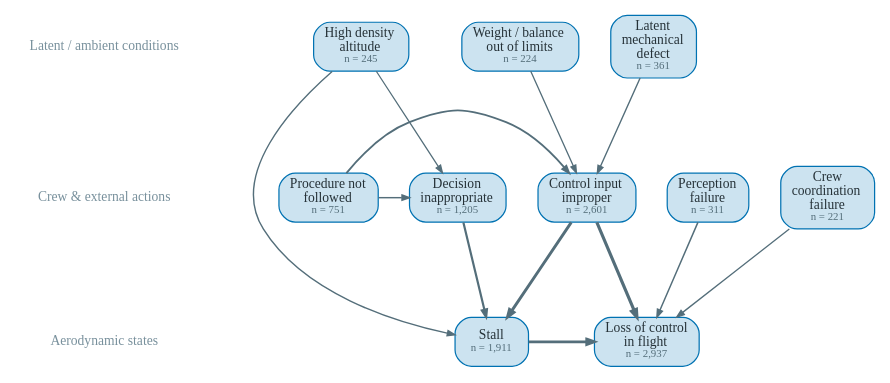
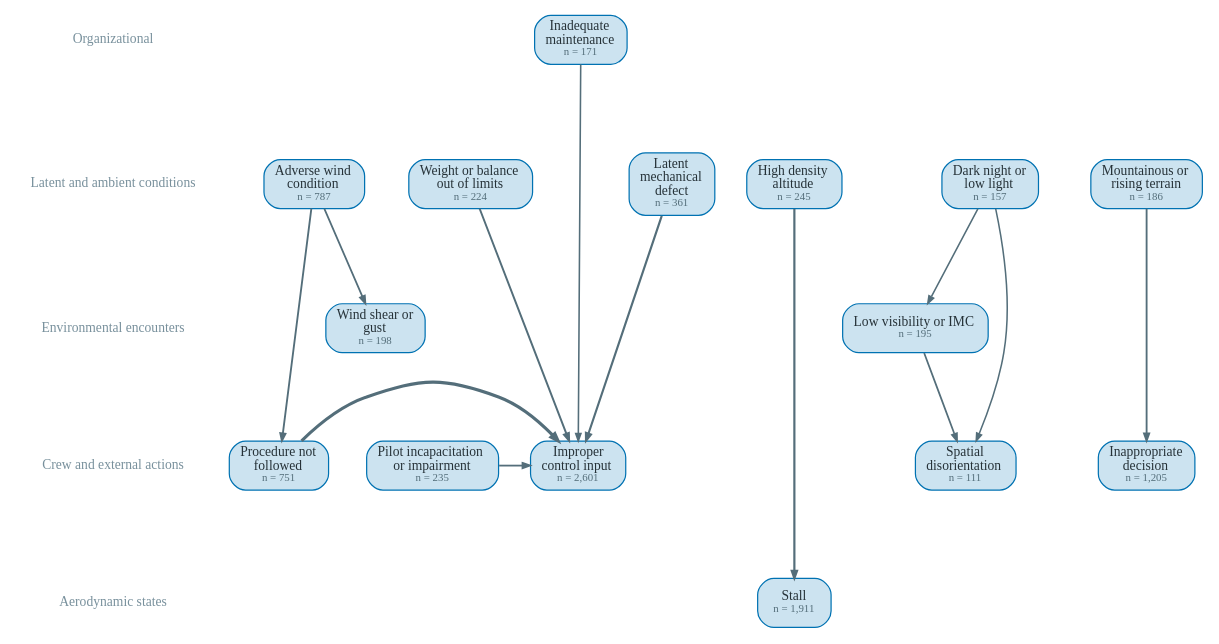
One commit to YutianPangASU/AviationSafetyReportKnowledgeGraph changed the diagram in event_extraction/out/causation_kg/figures/dag_LOC-I_top.gv. Above: the diagram before and after it, drawn with Graphviz. The commit also changed 13 other files, not shown here.

```diff
--- a/event_extraction/out/causation_kg/figures/dag_LOC-I_top.gv
+++ b/event_extraction/out/causation_kg/figures/dag_LOC-I_top.gv
@@ -1,36 +1,47 @@
 digraph G {
   rankdir=TB; splines=spline; nodesep=0.32; ranksep=0.9;
   bgcolor="white";
   node [shape=box, style="rounded,filled", fillcolor="#CCE3F0", color="#0072B2", penwidth=0.9, fontname="Liberation Serif", fontsize=10, fontcolor="#263238", margin="0.11,0.06"];
   edge [color="#546E7A", arrowsize=0.55, fontname="Liberation Serif", fontsize=8, fontcolor="#546E7A"];
-  tier1 [shape=plaintext, style="", fillcolor=none, fontname="Liberation Serif Italic", fontsize=10, fontcolor="#78909C", label="Latent / ambient conditions"];
-  { rank=same; tier1; "LATENT_MECHANICAL_DEFECT" "AIRCRAFT_WEIGHT_OR_BALANCE_OUT_OF_LIMITS" "HIGH_DENSITY_ALTITUDE" }
-  tier3 [shape=plaintext, style="", fillcolor=none, fontname="Liberation Serif Italic", fontsize=10, fontcolor="#78909C", label="Crew & external actions"];
-  { rank=same; tier3; "DECISION_INAPPROPRIATE" "CONTROL_INPUT_IMPROPER" "PROCEDURE_NOT_FOLLOWED" "PERCEPTION_FAILURE" "CREW_COORDINATION_FAILURE" }
-  tier1 -> tier3 [style=invis];
+  tier0 [shape=plaintext, style="", fillcolor=none, fontname="Liberation Serif Italic", fontsize=10, fontcolor="#78909C", label="Organizational"];
+  { rank=same; tier0; "MAINTENANCE_INADEQUATE" }
+  tier1 [shape=plaintext, style="", fillcolor=none, fontname="Liberation Serif Italic", fontsize=10, fontcolor="#78909C", label="Latent and ambient conditions"];
+  { rank=same; tier1; "LATENT_MECHANICAL_DEFECT" "AIRCRAFT_WEIGHT_OR_BALANCE_OUT_OF_LIMITS" "HIGH_DENSITY_ALTITUDE" "ADVERSE_WIND_CONDITION" "DARK_NIGHT_OR_LOW_LIGHT" "MOUNTAINOUS_OR_RISING_TERRAIN" }
+  tier0 -> tier1 [style=invis];
+  tier2 [shape=plaintext, style="", fillcolor=none, fontname="Liberation Serif Italic", fontsize=10, fontcolor="#78909C", label="Environmental encounters"];
+  { rank=same; tier2; "LOW_VISIBILITY_OR_IMC" "WIND_SHEAR_OR_GUST" }
+  tier1 -> tier2 [style=invis];
+  tier3 [shape=plaintext, style="", fillcolor=none, fontname="Liberation Serif Italic", fontsize=10, fontcolor="#78909C", label="Crew and external actions"];
+  { rank=same; tier3; "DECISION_INAPPROPRIATE" "CONTROL_INPUT_IMPROPER" "PROCEDURE_NOT_FOLLOWED" "SPATIAL_DISORIENTATION" "PILOT_INCAPACITATION_OR_IMPAIRMENT" }
+  tier2 -> tier3 [style=invis];
   tier5 [shape=plaintext, style="", fillcolor=none, fontname="Liberation Serif Italic", fontsize=10, fontcolor="#78909C", label="Aerodynamic states"];
-  { rank=same; tier5; "STALL" "LOSS_OF_CONTROL_INFLIGHT" }
+  { rank=same; tier5; "STALL" }
   tier3 -> tier5 [style=invis];
-  "AIRCRAFT_WEIGHT_OR_BALANCE_OUT_OF_LIMITS" [label=<Weight / balance<br/>out of limits<br/><font point-size="8" color="#546E7A">n = 224</font>>];
-  "CONTROL_INPUT_IMPROPER" [label=<Control input<br/>improper<br/><font point-size="8" color="#546E7A">n = 2,601</font>>];
-  "CREW_COORDINATION_FAILURE" [label=<Crew<br/>coordination<br/>failure<br/><font point-size="8" color="#546E7A">n = 221</font>>];
-  "DECISION_INAPPROPRIATE" [label=<Decision<br/>inappropriate<br/><font point-size="8" color="#546E7A">n = 1,205</font>>];
+  "ADVERSE_WIND_CONDITION" [label=<Adverse wind<br/>condition<br/><font point-size="8" color="#546E7A">n = 787</font>>];
+  "AIRCRAFT_WEIGHT_OR_BALANCE_OUT_OF_LIMITS" [label=<Weight or balance<br/>out of limits<br/><font point-size="8" color="#546E7A">n = 224</font>>];
+  "CONTROL_INPUT_IMPROPER" [label=<Improper<br/>control input<br/><font point-size="8" color="#546E7A">n = 2,601</font>>];
+  "DARK_NIGHT_OR_LOW_LIGHT" [label=<Dark night or<br/>low light<br/><font point-size="8" color="#546E7A">n = 157</font>>];
+  "DECISION_INAPPROPRIATE" [label=<Inappropriate<br/>decision<br/><font point-size="8" color="#546E7A">n = 1,205</font>>];
   "HIGH_DENSITY_ALTITUDE" [label=<High density<br/>altitude<br/><font point-size="8" color="#546E7A">n = 245</font>>];
   "LATENT_MECHANICAL_DEFECT" [label=<Latent<br/>mechanical<br/>defect<br/><font point-size="8" color="#546E7A">n = 361</font>>];
-  "LOSS_OF_CONTROL_INFLIGHT" [label=<Loss of control<br/>in flight<br/><font point-size="8" color="#546E7A">n = 2,937</font>>];
-  "PERCEPTION_FAILURE" [label=<Perception<br/>failure<br/><font point-size="8" color="#546E7A">n = 311</font>>];
+  "LOW_VISIBILITY_OR_IMC" [label=<Low visibility or IMC<br/><font point-size="8" color="#546E7A">n = 195</font>>];
+  "MAINTENANCE_INADEQUATE" [label=<Inadequate<br/>maintenance<br/><font point-size="8" color="#546E7A">n = 171</font>>];
+  "MOUNTAINOUS_OR_RISING_TERRAIN" [label=<Mountainous or<br/>rising terrain<br/><font point-size="8" color="#546E7A">n = 186</font>>];
+  "PILOT_INCAPACITATION_OR_IMPAIRMENT" [label=<Pilot incapacitation<br/>or impairment<br/><font point-size="8" color="#546E7A">n = 235</font>>];
   "PROCEDURE_NOT_FOLLOWED" [label=<Procedure not<br/>followed<br/><font point-size="8" color="#546E7A">n = 751</font>>];
+  "SPATIAL_DISORIENTATION" [label=<Spatial<br/>disorientation<br/><font point-size="8" color="#546E7A">n = 111</font>>];
   "STALL" [label=<Stall<br/><font point-size="8" color="#546E7A">n = 1,911</font>>];
-  "CONTROL_INPUT_IMPROPER" -> "LOSS_OF_CONTROL_INFLIGHT" [penwidth=2.30, style=solid, tooltip="CONTROL_INPUT_IMPROPER -> LOSS_OF_CONTROL_INFLIGHT: support 1,830, stability 0.00"];
-  "CONTROL_INPUT_IMPROPER" -> "STALL" [penwidth=2.16, style=solid, tooltip="CONTROL_INPUT_IMPROPER -> STALL: support 1,560, stability 0.00"];
-  "STALL" -> "LOSS_OF_CONTROL_INFLIGHT" [penwidth=2.08, style=solid, tooltip="STALL -> LOSS_OF_CONTROL_INFLIGHT: support 1,407, stability 0.00"];
-  "DECISION_INAPPROPRIATE" -> "STALL" [penwidth=1.61, style=solid, tooltip="DECISION_INAPPROPRIATE -> STALL: support 697, stability 0.00"];
-  "PROCEDURE_NOT_FOLLOWED" -> "CONTROL_INPUT_IMPROPER" [penwidth=1.38, style=solid, tooltip="PROCEDURE_NOT_FOLLOWED -> CONTROL_INPUT_IMPROPER: support 434, stability 0.90"];
-  "PERCEPTION_FAILURE" -> "LOSS_OF_CONTROL_INFLIGHT" [penwidth=1.10, style=solid, tooltip="PERCEPTION_FAILURE -> LOSS_OF_CONTROL_INFLIGHT: support 201, stability 0.00"];
-  "PROCEDURE_NOT_FOLLOWED" -> "DECISION_INAPPROPRIATE" [penwidth=1.07, style=solid, tooltip="PROCEDURE_NOT_FOLLOWED -> DECISION_INAPPROPRIATE: support 185, stability 0.47"];
-  "HIGH_DENSITY_ALTITUDE" -> "STALL" [penwidth=1.04, style=solid, tooltip="HIGH_DENSITY_ALTITUDE -> STALL: support 165, stability 0.73"];
-  "LATENT_MECHANICAL_DEFECT" -> "CONTROL_INPUT_IMPROPER" [penwidth=1.03, style=solid, tooltip="LATENT_MECHANICAL_DEFECT -> CONTROL_INPUT_IMPROPER: support 156, stability 0.90"];
-  "CREW_COORDINATION_FAILURE" -> "LOSS_OF_CONTROL_INFLIGHT" [penwidth=0.97, style=solid, tooltip="CREW_COORDINATION_FAILURE -> LOSS_OF_CONTROL_INFLIGHT: support 126, stability 0.33"];
-  "AIRCRAFT_WEIGHT_OR_BALANCE_OUT_OF_LIMITS" -> "CONTROL_INPUT_IMPROPER" [penwidth=0.96, style=solid, tooltip="AIRCRAFT_WEIGHT_OR_BALANCE_OUT_OF_LIMITS -> CONTROL_INPUT_IMPROPER: support 121, stability 0.50"];
-  "HIGH_DENSITY_ALTITUDE" -> "DECISION_INAPPROPRIATE" [penwidth=0.93, style=solid, tooltip="HIGH_DENSITY_ALTITUDE -> DECISION_INAPPROPRIATE: support 106, stability 0.40"];
+  "WIND_SHEAR_OR_GUST" [label=<Wind shear or<br/>gust<br/><font point-size="8" color="#546E7A">n = 198</font>>];
+  "PROCEDURE_NOT_FOLLOWED" -> "CONTROL_INPUT_IMPROPER" [penwidth=2.30, style=solid, tooltip="PROCEDURE_NOT_FOLLOWED -> CONTROL_INPUT_IMPROPER: support 434, stability 0.90"];
+  "HIGH_DENSITY_ALTITUDE" -> "STALL" [penwidth=1.61, style=solid, tooltip="HIGH_DENSITY_ALTITUDE -> STALL: support 165, stability 0.73"];
+  "LATENT_MECHANICAL_DEFECT" -> "CONTROL_INPUT_IMPROPER" [penwidth=1.58, style=solid, tooltip="LATENT_MECHANICAL_DEFECT -> CONTROL_INPUT_IMPROPER: support 156, stability 0.90"];
+  "AIRCRAFT_WEIGHT_OR_BALANCE_OUT_OF_LIMITS" -> "CONTROL_INPUT_IMPROPER" [penwidth=1.45, style=solid, tooltip="AIRCRAFT_WEIGHT_OR_BALANCE_OUT_OF_LIMITS -> CONTROL_INPUT_IMPROPER: support 121, stability 0.50"];
+  "ADVERSE_WIND_CONDITION" -> "PROCEDURE_NOT_FOLLOWED" [penwidth=1.37, style=solid, tooltip="ADVERSE_WIND_CONDITION -> PROCEDURE_NOT_FOLLOWED: support 101, stability 0.57"];
+  "MOUNTAINOUS_OR_RISING_TERRAIN" -> "DECISION_INAPPROPRIATE" [penwidth=1.36, style=solid, tooltip="MOUNTAINOUS_OR_RISING_TERRAIN -> DECISION_INAPPROPRIATE: support 100, stability 1.00"];
+  "PILOT_INCAPACITATION_OR_IMPAIRMENT" -> "CONTROL_INPUT_IMPROPER" [penwidth=1.32, style=solid, tooltip="PILOT_INCAPACITATION_OR_IMPAIRMENT -> CONTROL_INPUT_IMPROPER: support 90, stability 1.00"];
+  "ADVERSE_WIND_CONDITION" -> "WIND_SHEAR_OR_GUST" [penwidth=1.30, style=solid, tooltip="ADVERSE_WIND_CONDITION -> WIND_SHEAR_OR_GUST: support 86, stability 0.73"];
+  "LOW_VISIBILITY_OR_IMC" -> "SPATIAL_DISORIENTATION" [penwidth=1.28, style=solid, tooltip="LOW_VISIBILITY_OR_IMC -> SPATIAL_DISORIENTATION: support 82, stability 0.53"];
+  "MAINTENANCE_INADEQUATE" -> "CONTROL_INPUT_IMPROPER" [penwidth=1.16, style=solid, tooltip="MAINTENANCE_INADEQUATE -> CONTROL_INPUT_IMPROPER: support 58, stability 0.73"];
+  "DARK_NIGHT_OR_LOW_LIGHT" -> "LOW_VISIBILITY_OR_IMC" [penwidth=1.14, style=solid, tooltip="DARK_NIGHT_OR_LOW_LIGHT -> LOW_VISIBILITY_OR_IMC: support 55, stability 0.73"];
+  "DARK_NIGHT_OR_LOW_LIGHT" -> "SPATIAL_DISORIENTATION" [penwidth=1.13, style=solid, tooltip="DARK_NIGHT_OR_LOW_LIGHT -> SPATIAL_DISORIENTATION: support 53, stability 0.83"];
 }
```
